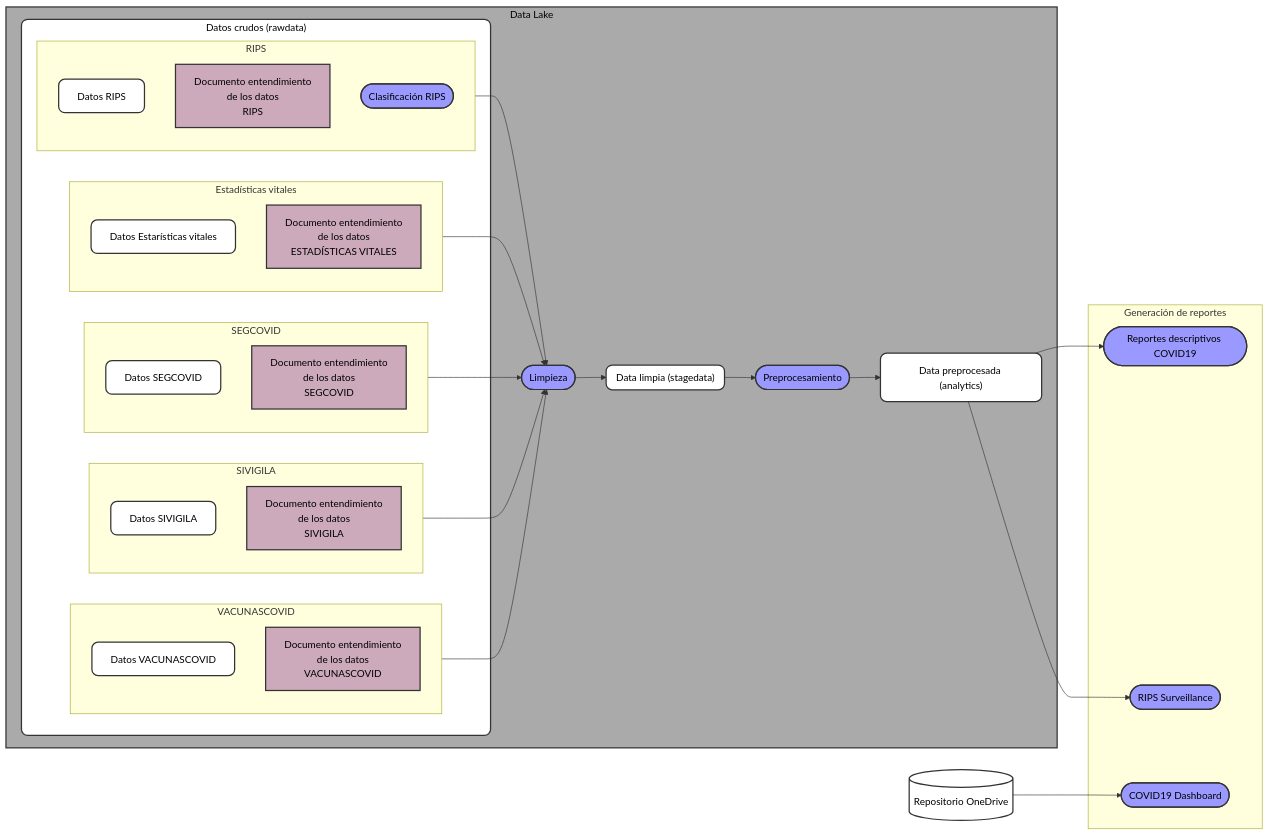
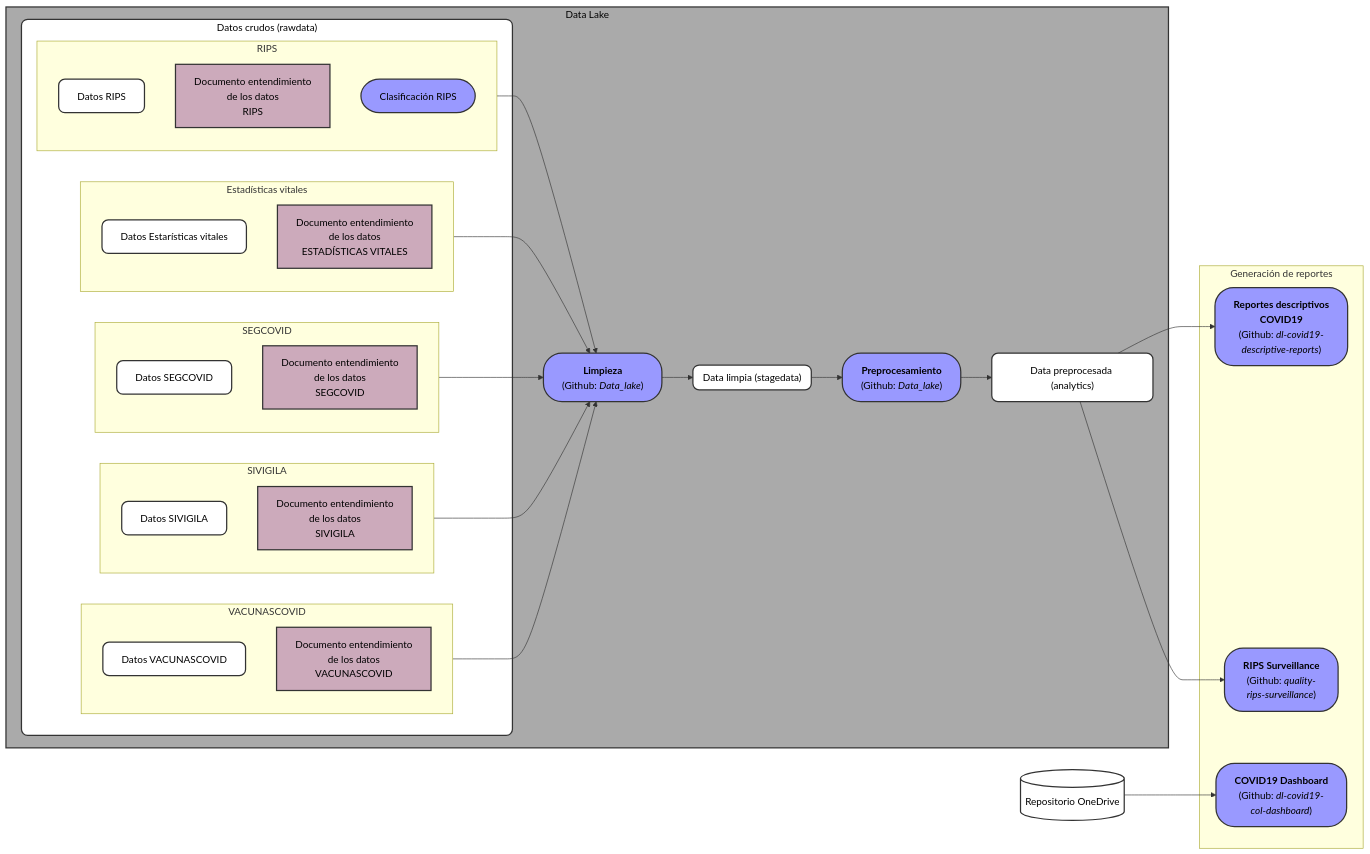
The diagram in profile/DataLake/FlujoDatos.md (AGORA-COL/.github), drawn with Mermaid before and after one commit. The commit also changed 1 other file, not shown here.

```diff
--- a/profile/DataLake/FlujoDatos.md
+++ b/profile/DataLake/FlujoDatos.md
@@ -14,7 +14,7 @@
                 DOC_RIPS["`Documento entendimiento
                      de los datos 
                      RIPS`"]
-                CRIPS([Clasificación RIPS])
+                CRIPS[Clasificación RIPS]
             end
             subgraph B[Estadísticas vitales]
                 DATA_EV[Datos Estarísticas vitales]
@@ -50,14 +50,16 @@
         E --> L
 
         
-        L([Limpieza])
+        L["`**Limpieza**
+        (Github: *Data_lake*)`"]
         subgraph DP["Data limpia (stagedata)"]
         end
 
         L --> DP
         DP --> P
 
-        P([Preprocesamiento])
+        P["`**Preprocesamiento** 
+        (Github: *Data_lake*)`"]
 
         P --> AN
 
@@ -74,9 +76,17 @@
     OD --> DB
 
     subgraph G[Generación de reportes]
-        RD([Reportes descriptivos COVID19])
-        DB([COVID19 Dashboard])
-        RS([RIPS Surveillance])
+        RD["`**Reportes descriptivos 
+        COVID19**
+        (Github: *dl-covid19-
+        descriptive-reports*)`"]
+        RS["`**RIPS Surveillance**
+        (Github: *quality-
+        rips-surveillance*)
+        `"]
+        DB["`**COVID19 Dashboard**
+        (Github: *dl-covid19-
+        col-dashboard*)`"]
     end
 
 
@@ -85,7 +95,7 @@
 
     classDef data fill:#fff,stroke:#333,stroke-width:2px,color:#000,rx:10,ry:10;
     classDef doc fill:#cab,stroke:#333,stroke-width:2px,color:#000;
-    classDef process fill:#99f,stroke:#333,stroke-width:2px,color:black;
+    classDef process fill:#99f,stroke:#333,stroke-width:2px,color:black,rx:30,ry:30;
     classDef repository fill:#aaa,stroke:#333,stroke-width:2px,stroke: 5 5,color:#000;
     classDef process2 fill:green,stroke:#333,stroke-width:2px,color:#000;
     classDef report fill:#aeb,stroke:#333,stroke-width:2px,color:#000;
```
